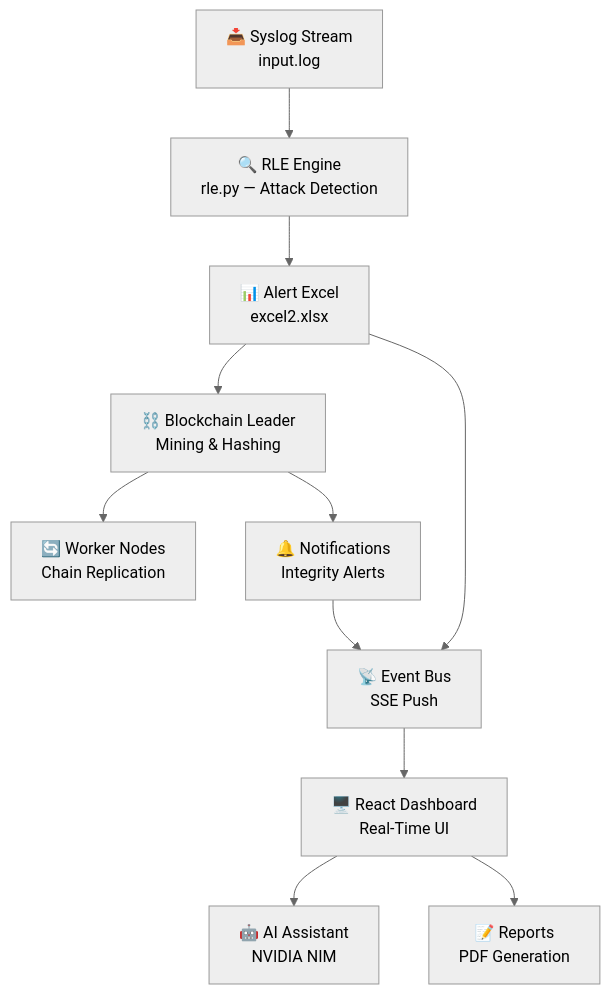
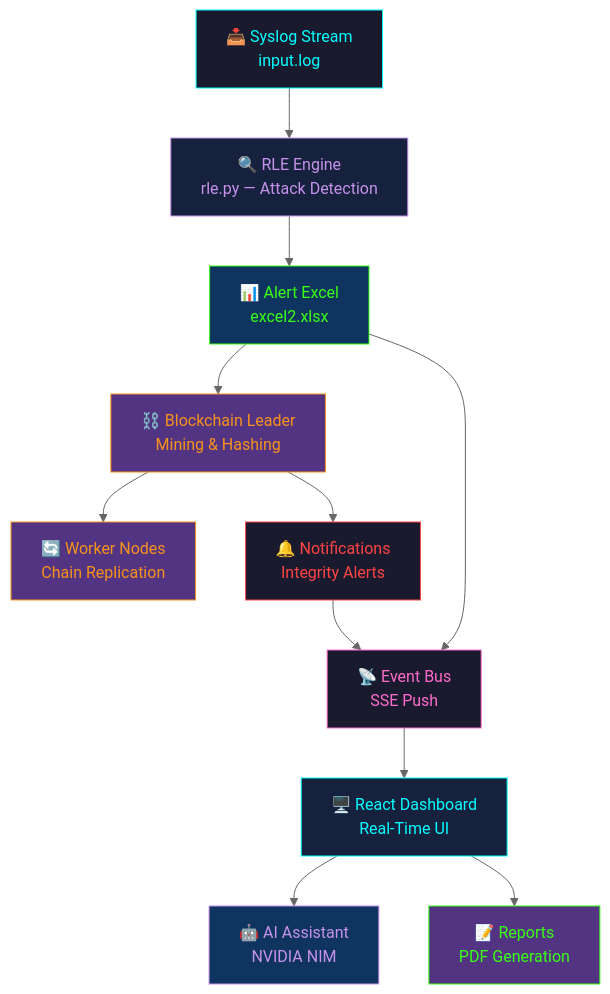
The diagram in README.md (cyberhub2025/CyberDefenseX_Ultra), drawn with Mermaid (neutral theme) before and after one commit. The commit also changed other lines of this file and 2 other files, not shown here.

````diff
--- a/README.md
+++ b/README.md
@@ -241,24 +297,34 @@
 ```mermaid
 flowchart TD
-    A["📥 Syslog Stream<br/>input.log"]
-    B["🔍 RLE Engine<br/>rle.py — Attack Detection"]
-    C["📊 Alert Excel<br/>excel2.xlsx"]
-    D["⛓️ Blockchain Leader<br/>Mining & Hashing"]
-    E["🔄 Worker Nodes<br/>Chain Replication"]
-    F["📡 Event Bus<br/>SSE Push"]
-    G["🖥️ React Dashboard<br/>Real-Time UI"]
-    H["🤖 AI Assistant<br/>NVIDIA NIM"]
-    I["📝 Reports<br/>PDF Generation"]
-    J["🔔 Notifications<br/>Integrity Alerts"]
+    A["📥 Syslog Stream<br/>input.log"]:::input
+    B["🔍 RLE Engine<br/>rle.py — Attack Detection"]:::process
+    C["📊 Alert Excel<br/>excel2.xlsx"]:::data
+    D["⛓️ Blockchain Leader<br/>Mining & Hashing"]:::blockchain
+    E["🔄 Worker Nodes<br/>Chain Replication"]:::blockchain
+    F["📡 Event Bus<br/>SSE Push"]:::realtime
+    G["🖥️ React Dashboard<br/>Real-Time UI"]:::frontend
+    H["🤖 AI Assistant<br/>NVIDIA NIM"]:::ai
+    I["📝 Reports<br/>PDF Generation"]:::output
+    J["🔔 Notifications<br/>Integrity Alerts"]:::alert
 
     A --> B
     B --> C
     C --> D
     D --> E
     C --> F
     F --> G
     G --> H
     G --> I
     D --> J
     J --> F
+
+    classDef input fill:#1a1a2e,stroke:#00ffff,color:#00ffff
+    classDef process fill:#16213e,stroke:#c792ea,color:#c792ea
+    classDef data fill:#0f3460,stroke:#39ff14,color:#39ff14
+    classDef blockchain fill:#533483,stroke:#f7931a,color:#f7931a
+    classDef realtime fill:#1a1a2e,stroke:#ff6bcb,color:#ff6bcb
+    classDef frontend fill:#16213e,stroke:#00ffff,color:#00ffff
+    classDef ai fill:#0f3460,stroke:#c792ea,color:#c792ea
+    classDef output fill:#533483,stroke:#39ff14,color:#39ff14
+    classDef alert fill:#1a1a2e,stroke:#ff4444,color:#ff4444
 ```
````
